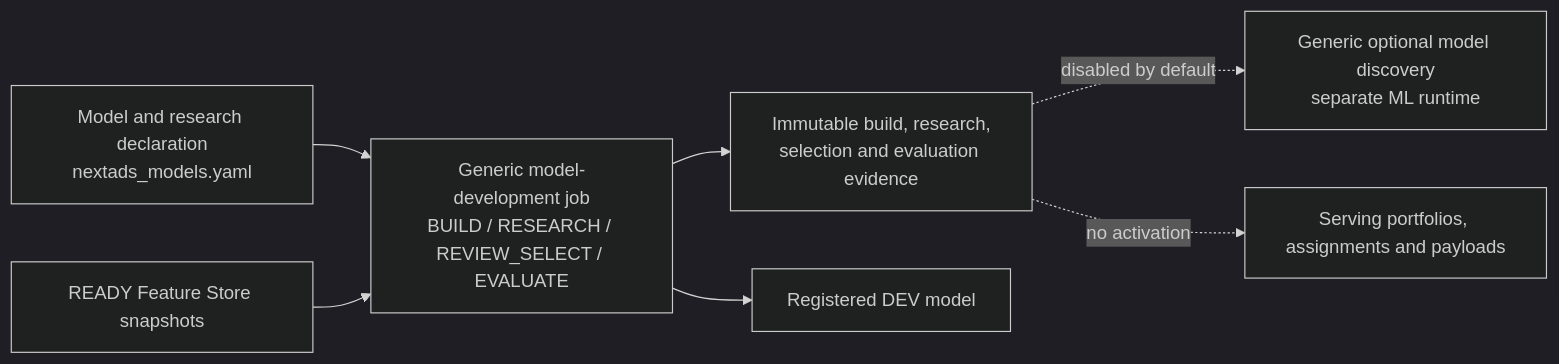
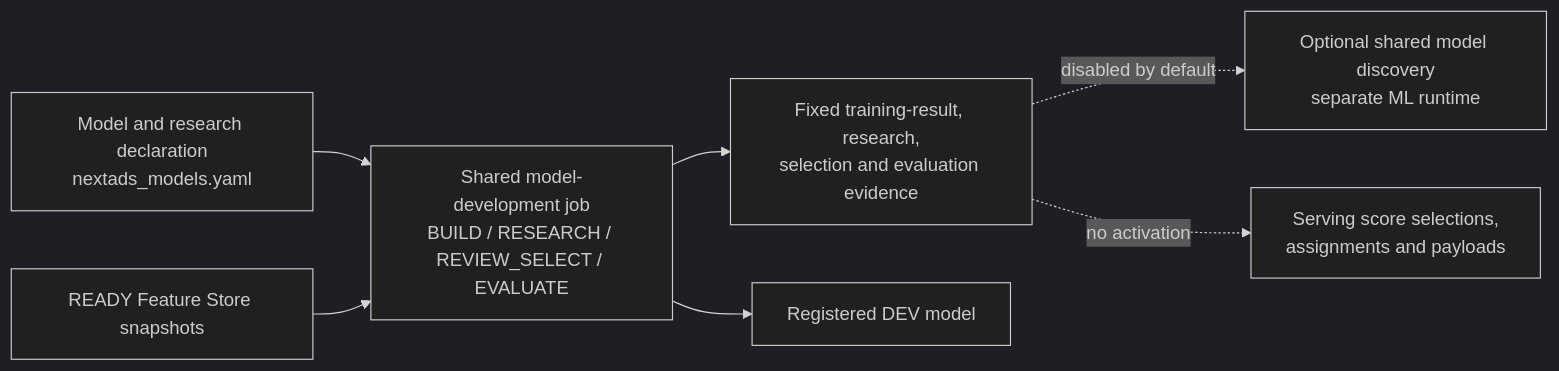
One commit to swblain-glyndwr/personal_project changed the eighth of 8 diagrams in docs/CICD/nextads_databricks_runtime_map.md. Above: the diagram before and after it, drawn with Mermaid (dark theme). The commit also changed other lines of this file and 23 other files, not shown here.

Commit message:
Document the complete NextAds operational flow

````diff
--- a/docs/CICD/nextads_databricks_runtime_map.md
+++ b/docs/CICD/nextads_databricks_runtime_map.md
@@ -404,16 +442,16 @@
 ```mermaid
 flowchart LR
   declaration["Model and research declaration<br/>nextads_models.yaml"]
   snapshots["READY Feature Store snapshots"]
-  lifecycle["Generic model-development job<br/>BUILD / RESEARCH / REVIEW_SELECT / EVALUATE"]
-  receipts["Immutable build, research,<br/>selection and evaluation evidence"]
+  lifecycle["Shared model-development job<br/>BUILD / RESEARCH / REVIEW_SELECT / EVALUATE"]
+  receipts["Fixed training-result, research,<br/>selection and evaluation evidence"]
   model["Registered DEV model"]
-  discovery["Generic optional model discovery<br/>separate ML runtime"]
-  live["Serving portfolios, assignments and payloads"]
+  discovery["Optional shared model discovery<br/>separate ML runtime"]
+  live["Serving score selections,<br/>assignments and payloads"]
 
   declaration --> lifecycle
   snapshots --> lifecycle --> receipts
   lifecycle --> model
   receipts -. "disabled by default" .-> discovery
   receipts -. "no activation" .-> live
 ```
````
